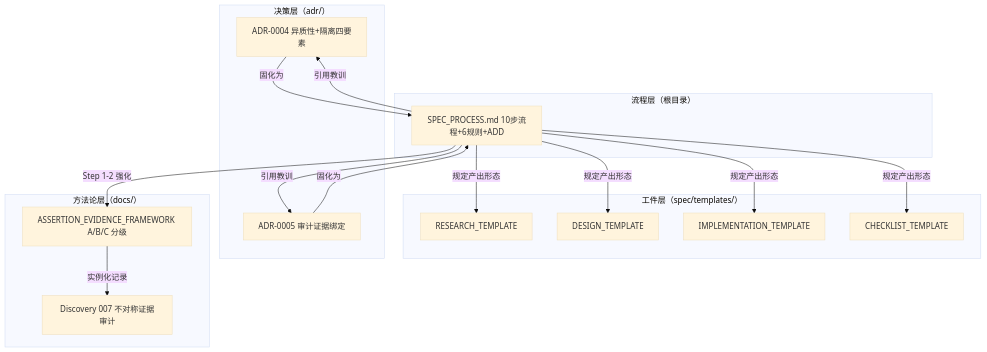
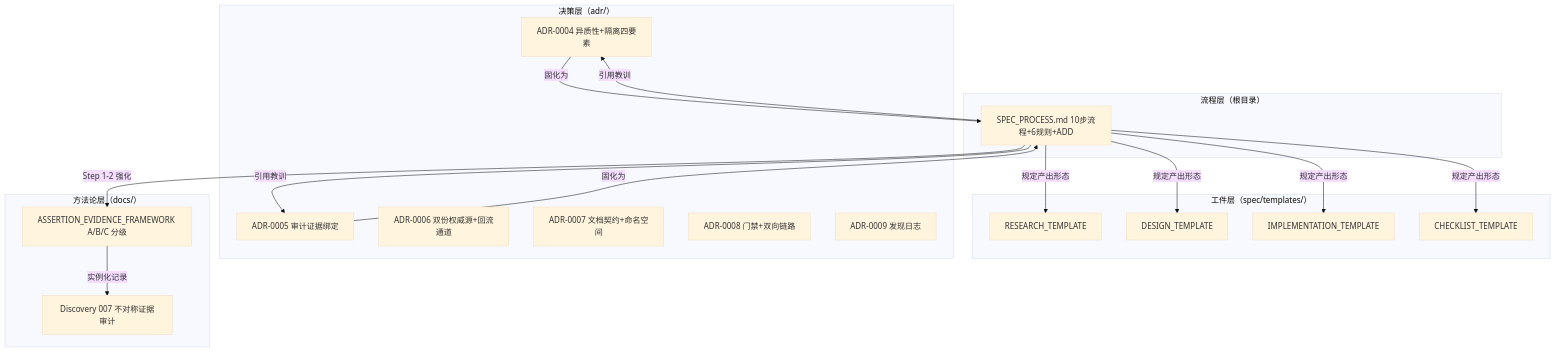
One commit to StormstoutLau/Spec_Workflow changed the first of 3 diagrams in CODE_WIKI.md. Above: the diagram before and after it, drawn with Mermaid (base theme). The commit also changed other lines of this file and 4 other files, not shown here.

````diff
--- a/CODE_WIKI.md
+++ b/CODE_WIKI.md
@@ -67,26 +77,30 @@
 ```mermaid
 flowchart TB
     subgraph L4["工件层（spec/templates/）"]
         T1[RESEARCH_TEMPLATE]
         T2[DESIGN_TEMPLATE]
         T3[IMPLEMENTATION_TEMPLATE]
         T4[CHECKLIST_TEMPLATE]
     end
     subgraph L3["决策层（adr/）"]
         A4[ADR-0004 异质性+隔离四要素]
         A5[ADR-0005 审计证据绑定]
+        A6[ADR-0006 双份权威源+回流通道]
+        A7[ADR-0007 文档契约+命名空间]
+        A8[ADR-0008 门禁+双向链路]
+        A9[ADR-0009 发现日志]
     end
     subgraph L2["方法论层（docs/）"]
         D7[Discovery 007 不对称证据审计]
         AE[ASSERTION_EVIDENCE_FRAMEWORK A/B/C 分级]
     end
     subgraph L1["流程层（根目录）"]
         SP[SPEC_PROCESS.md 10步流程+6规则+ADD]
     end
     SP -->|引用教训| A4 & A5
     SP -->|Step 1-2 强化| AE
     AE -->|实例化记录| D7
     SP -->|规定产出形态| T1 & T2 & T3 & T4
     A5 -->|固化为| SP
     A4 -->|固化为| SP
 ```
````
